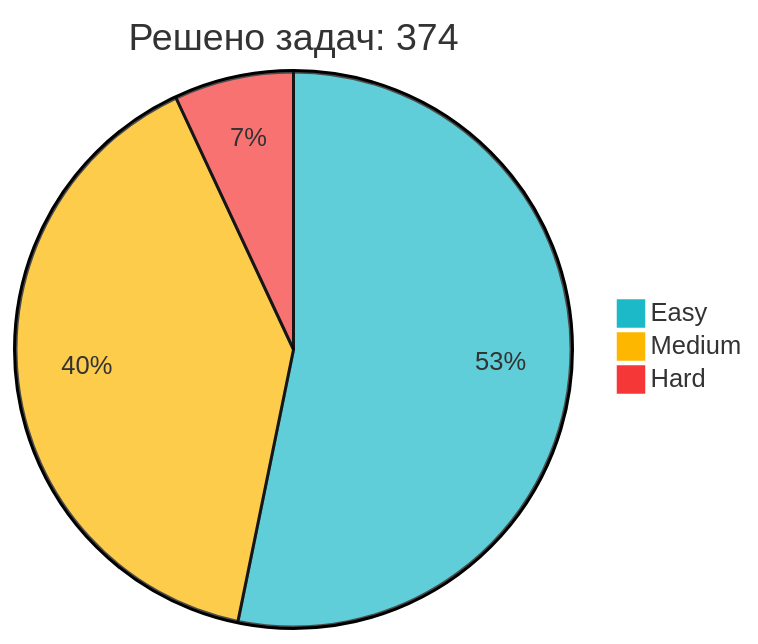
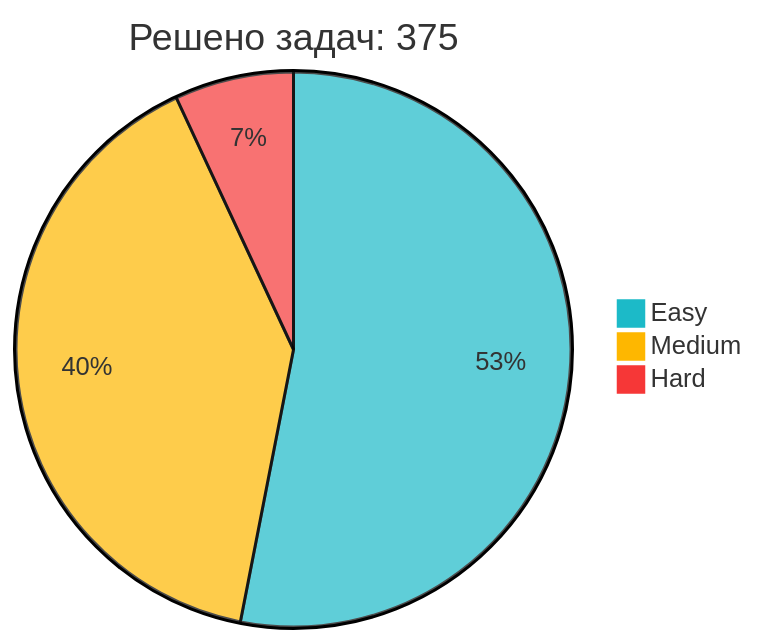
One commit to IliaKurdukov/IliaKurdukov changed the diagram in README.md. Above: the diagram before and after it, drawn with Mermaid. The commit also changed other lines of this file, not shown here.

Commit message:
📈 Обновление статистики LeetCode

````diff
--- a/README.md
+++ b/README.md
@@ -51,7 +51,7 @@
 ```mermaid
 %%{init: {'theme': 'base', 'themeVariables': { 'pie1': '#1CBAC8', 'pie2': '#FEB700', 'pie3': '#F63737' }, 'config': {'width': 300, 'height': 200}}}%%
-pie title Решено задач: 374
+pie title Решено задач: 375
    "Easy" : 199
-   "Medium" : 149
+   "Medium" : 150
    "Hard" : 26
 ```
````
